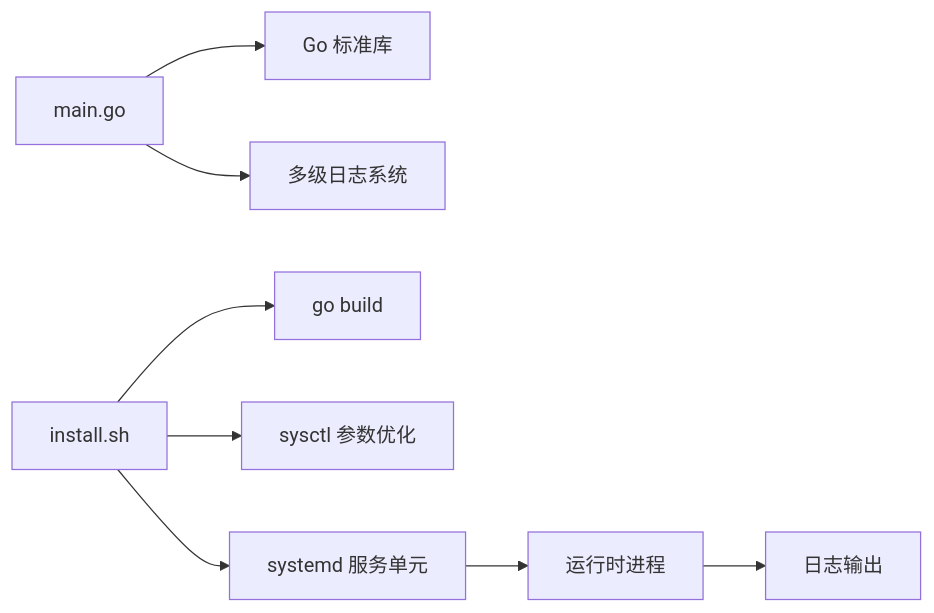
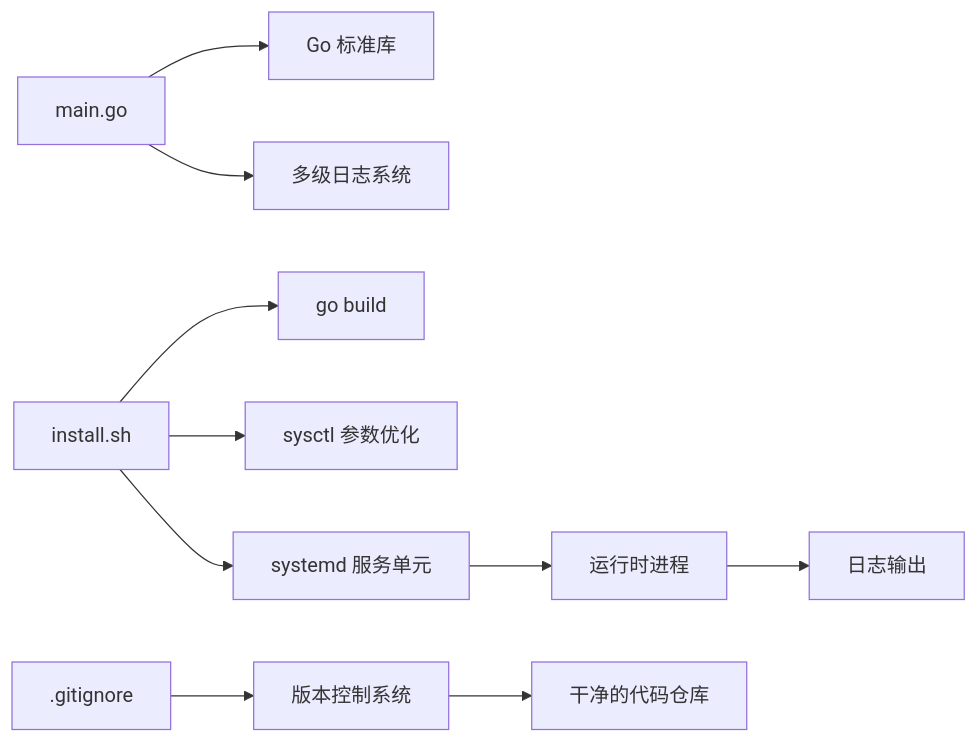
Before and after one commit to chuwang9964/ipv6-proxy-pool: the fourth of 4 diagrams in .qoder/repowiki/zh/content/项目概述.md, drawn with Mermaid. The commit also changed other lines of this file and 10 other files, not shown here.

````diff
--- a/.qoder/repowiki/zh/content/项目概述.md
+++ b/.qoder/repowiki/zh/content/项目概述.md
@@ -286,10 +328,12 @@
 ```mermaid
 graph LR
 Main["main.go"] --> Stdlib["Go 标准库"]
 Main --> LogSys["多级日志系统"]
 Install["install.sh"] --> Build["go build"]
 Install --> Sysctl["sysctl 参数优化"]
 Install --> Service["systemd 服务单元"]
+GitIgnore[".gitignore"] --> VCS["版本控制系统"]
+VCS --> CleanRepo["干净的代码仓库"]
 Service --> Runtime["运行时进程"]
 Runtime --> LogOutput["日志输出"]
 ```
````
